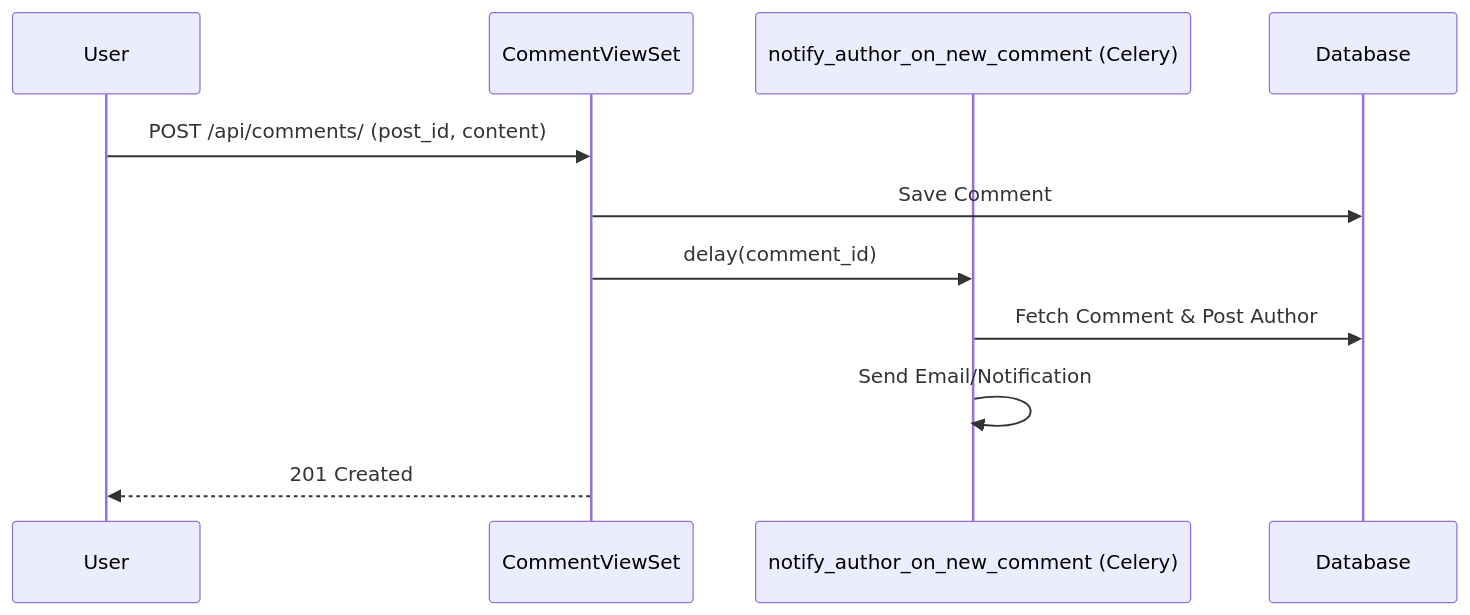
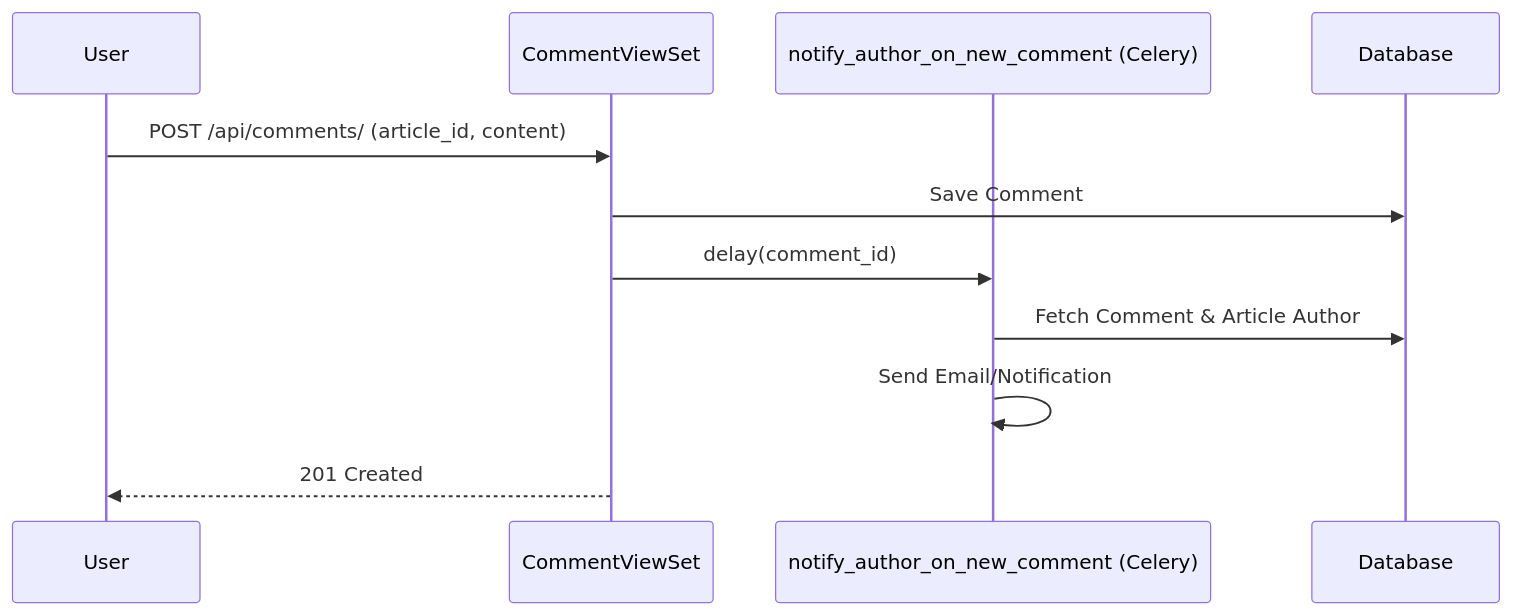
The eighth of 9 diagrams in docs/SYSTEM_DESIGN.md (amirhossein-moloki/Blog), drawn with Mermaid before and after one commit. The commit also changed other lines of this file and 23 other files, not shown here.

````diff
--- a/docs/SYSTEM_DESIGN.md
+++ b/docs/SYSTEM_DESIGN.md
@@ -280,14 +280,14 @@
 ```mermaid
 sequenceDiagram
     participant User
     participant API as CommentViewSet
     participant Task as notify_author_on_new_comment (Celery)
     participant DB as Database
 
-    User->>API: POST /api/comments/ (post_id, content)
+    User->>API: POST /api/comments/ (article_id, content)
     API->>DB: Save Comment
     API->>Task: delay(comment_id)
-    Task->>DB: Fetch Comment & Post Author
+    Task->>DB: Fetch Comment & Article Author
     Task->>Task: Send Email/Notification
     API-->>User: 201 Created
 ```
````
